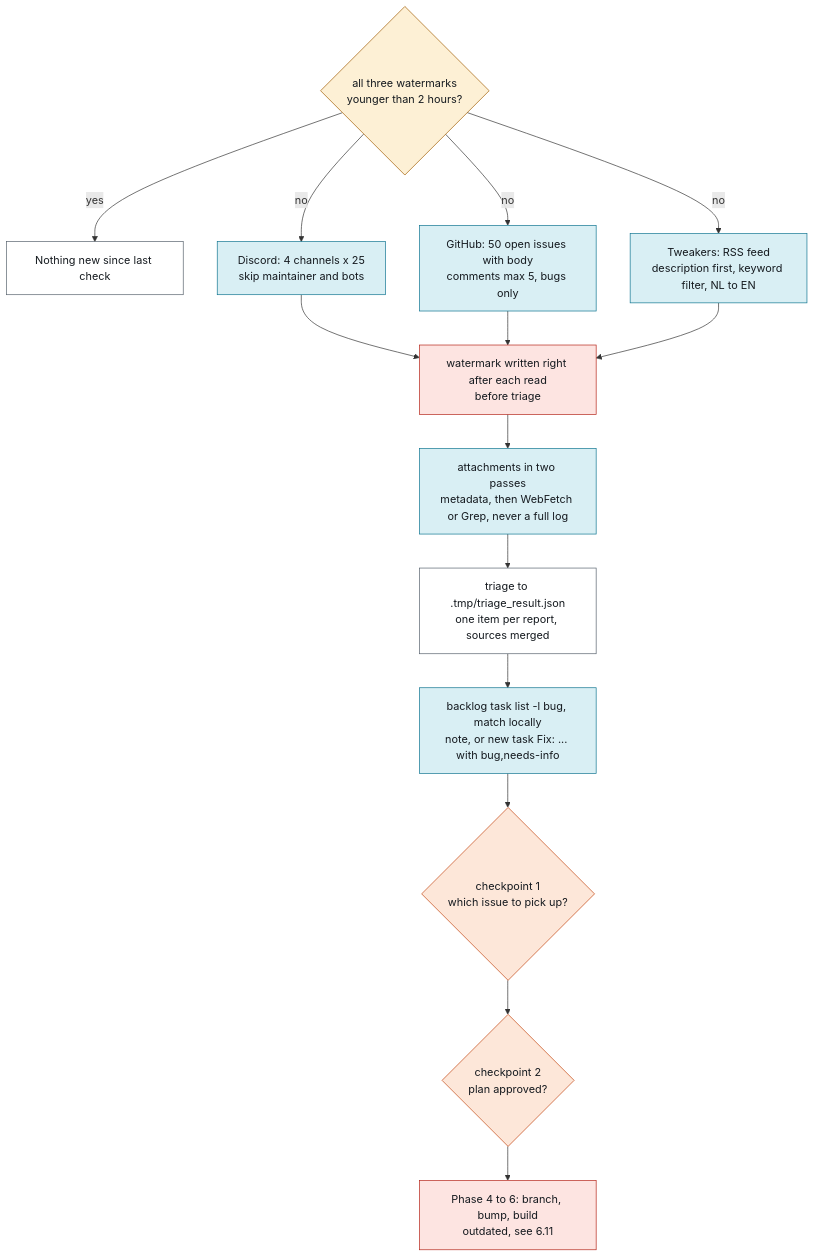
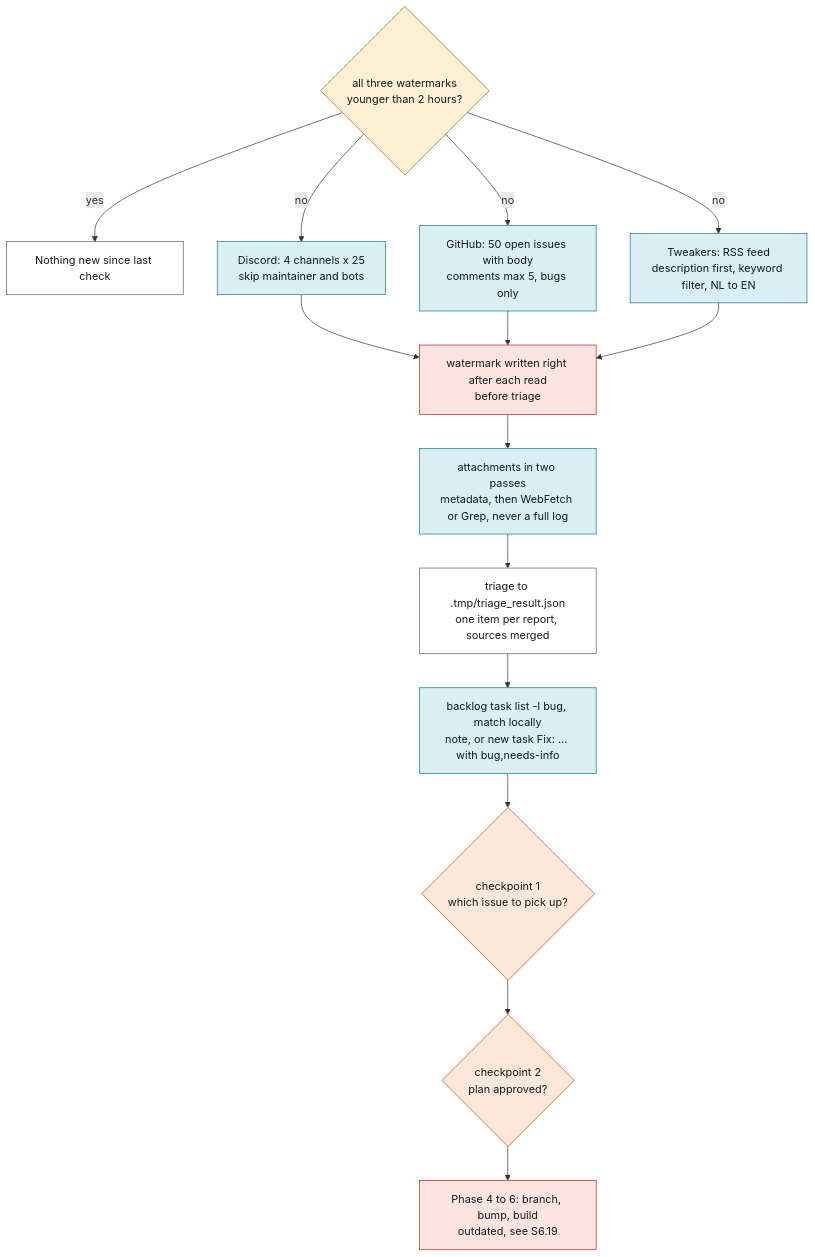
Diagram 17 of 48 in docs/process/agentic-setup.md (rvdbreemen/OTGW-firmware), drawn with Mermaid before and after one commit. The commit also changed other lines of this file and 1 other file, not shown here.

````diff
--- a/docs/process/agentic-setup.md
+++ b/docs/process/agentic-setup.md
@@ -1119,23 +1126,23 @@
 ```mermaid
 flowchart TD
   classDef agent fill:#d9eff4,stroke:#0e7490,color:#151a1f
   classDef gate fill:#fdf0d5,stroke:#a15c00,color:#151a1f
   classDef human fill:#fde7d9,stroke:#c2410c,color:#151a1f
   classDef store fill:#ffffff,stroke:#56616c,color:#151a1f
   classDef stop fill:#fde4e1,stroke:#b42318,color:#151a1f
   E{"all three watermarks<br/>younger than 2 hours?"}:::gate
   STOP["Nothing new since last check"]:::store
   D["Discord: 4 channels x 25<br/>skip maintainer and bots"]:::agent
   G["GitHub: 50 open issues with body<br/>comments max 5, bugs only"]:::agent
   T["Tweakers: RSS feed<br/>description first, keyword filter, NL to EN"]:::agent
   W["watermark written right after each read<br/>before triage"]:::stop
   A["attachments in two passes<br/>metadata, then WebFetch or Grep, never a full log"]:::agent
   TR["triage to .tmp/triage_result.json<br/>one item per report, sources merged"]:::store
   BL["backlog task list -l bug, match locally<br/>note, or new task Fix: ... with bug,needs-info"]:::agent
   CP1{"checkpoint 1<br/>which issue to pick up?"}:::human
   CP2{"checkpoint 2<br/>plan approved?"}:::human
-  FIX["Phase 4 to 6: branch, bump, build<br/>outdated, see 6.11"]:::stop
+  FIX["Phase 4 to 6: branch, bump, build<br/>outdated, see S6.19"]:::stop
   E -->|"yes"| STOP
   E -->|"no"| D & G & T
   D & G & T --> W --> A --> TR --> BL --> CP1 --> CP2 --> FIX
 ```
````
